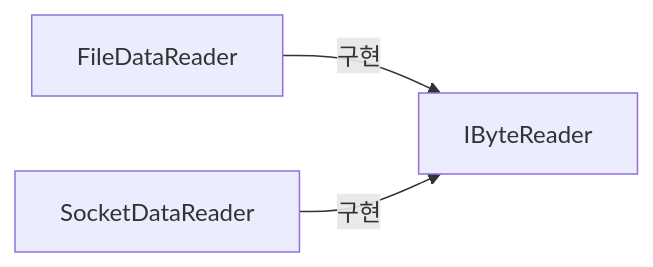
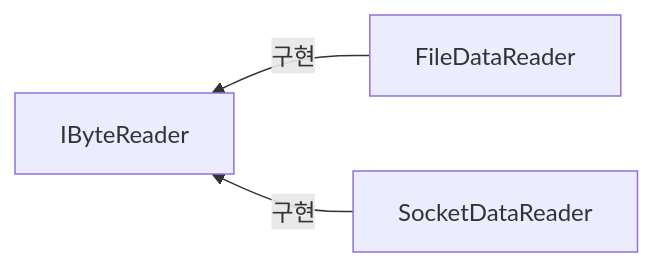
The fourth of 4 diagrams in 홍승희/CHAPTER_05_설계 원칙: SOLID.md (singhui46/Design-Pattern-Study), drawn with Mermaid before and after one commit. The commit also changed other lines of this file, not shown here.

````diff
--- a/홍승희/CHAPTER_05_설계 원칙: SOLID.md
+++ b/홍승희/CHAPTER_05_설계 원칙: SOLID.md
@@ -128,5 +123,5 @@
 ```mermaid 
-graph LR
+graph RL 
   FileDataReader -->|구현|IByteReader  
   SocketDataReader -->|구현|IByteReader  
 ```
````
